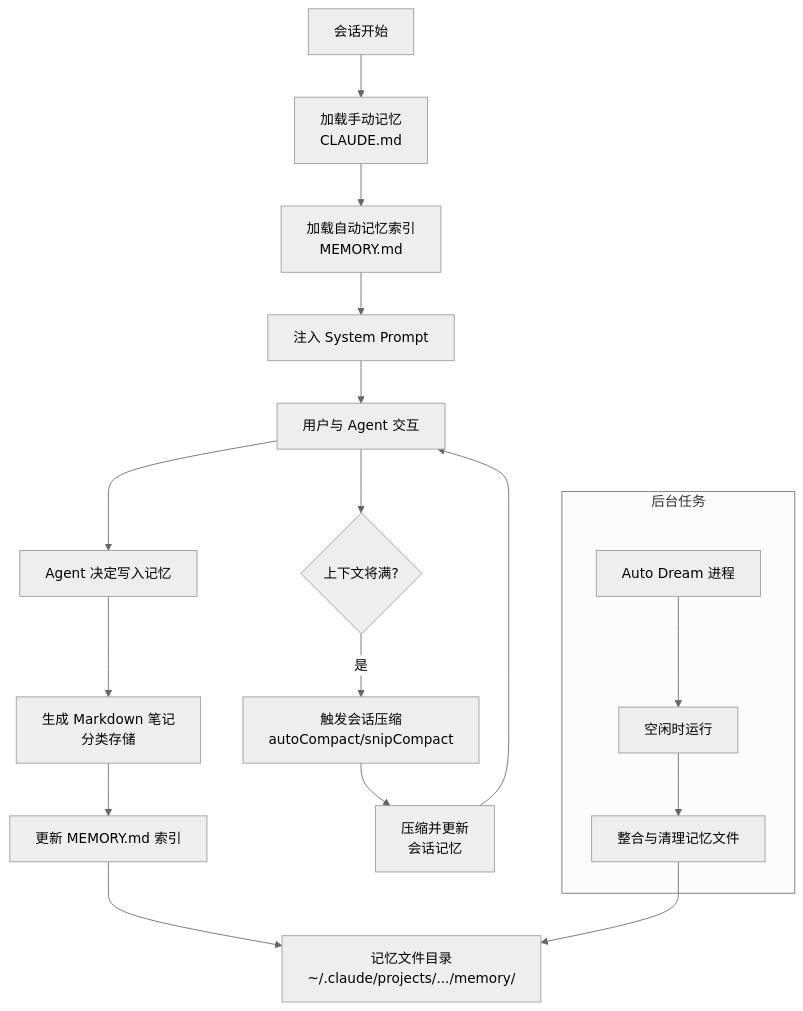
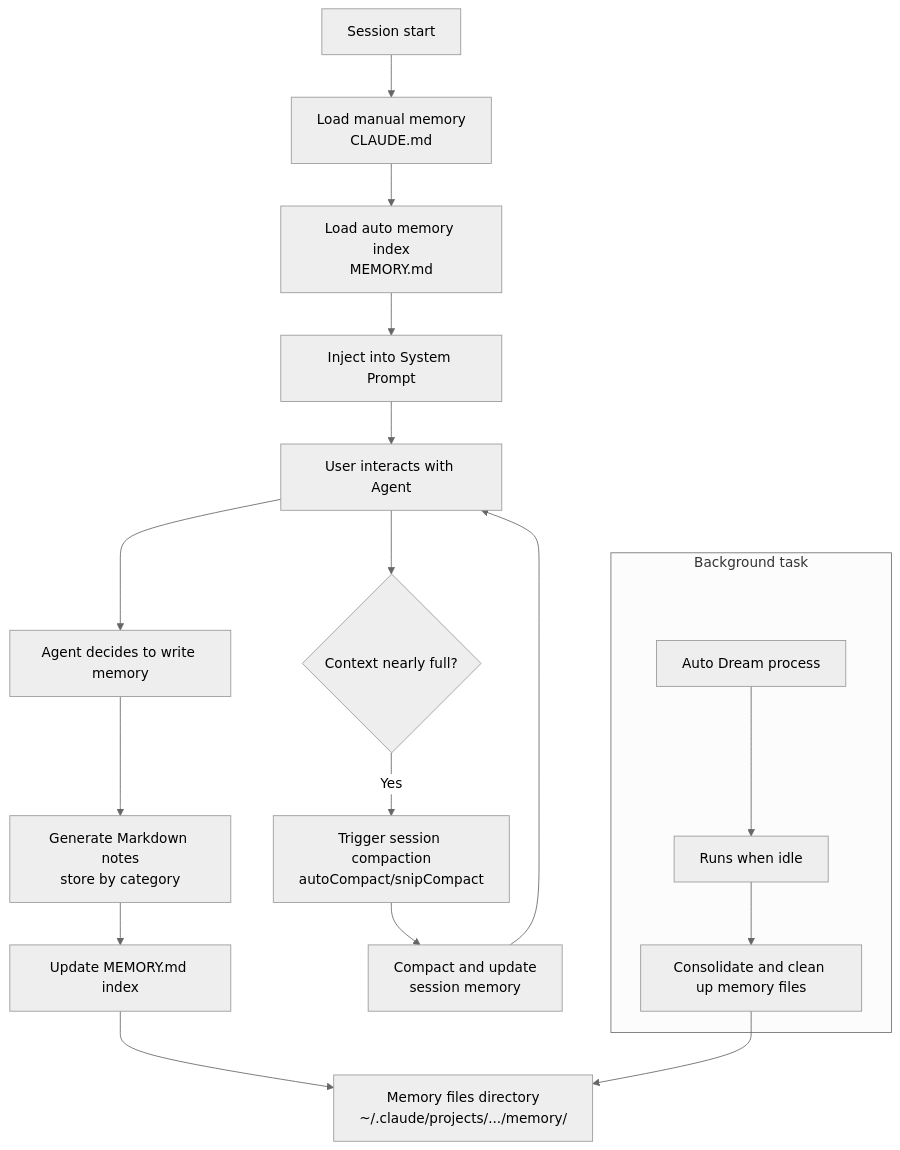
Before and after one commit to holny/Agent-Harness-Develop-Book: diagram 18 of 46 in README.md, drawn with Mermaid (neutral theme). The commit also changed other lines of this file and 66 other files, not shown here.

Commit message:
Add English edition (default) with Chinese version, redraw 8 interactive diagrams in English, translate mermaid/ASCII diagrams and code comments

````diff
--- a/README.md
+++ b/README.md
@@ -2996,24 +3051,24 @@
 ```mermaid
 flowchart TD
-    A[会话开始] --> B[加载手动记忆<br>CLAUDE.md]
-    B --> C[加载自动记忆索引<br>MEMORY.md]
-    C --> D[注入 System Prompt]
+    A[Session start] --> B[Load manual memory<br>CLAUDE.md]
+    B --> C[Load auto memory index<br>MEMORY.md]
+    C --> D[Inject into System Prompt]
     
-    D --> E[用户与 Agent 交互]
-    E --> F{上下文将满?}
-    F -- 是 --> G[触发会话压缩<br>autoCompact/snipCompact]
-    G --> H[压缩并更新<br>会话记忆]
+    D --> E[User interacts with Agent]
+    E --> F{Context nearly full?}
+    F -- Yes --> G[Trigger session compaction<br>autoCompact/snipCompact]
+    G --> H[Compact and update<br>session memory]
     H --> E
     
-    E --> I[Agent 决定写入记忆]
-    I --> J[生成 Markdown 笔记<br>分类存储]
-    J --> K[更新 MEMORY.md 索引]
-    K --> L[记忆文件目录<br>~/.claude/projects/.../memory/]
+    E --> I[Agent decides to write memory]
+    I --> J[Generate Markdown notes<br>store by category]
+    J --> K[Update MEMORY.md index]
+    K --> L[Memory files directory<br>~/.claude/projects/.../memory/]
     
-    subgraph BG [后台任务]
-        M[Auto Dream 进程] --> N[空闲时运行]
-        N --> O[整合与清理记忆文件]
+    subgraph BG [Background task]
+        M[Auto Dream process] --> N[Runs when idle]
+        N --> O[Consolidate and clean up memory files]
     end
     
     O --> L
 ```
````
